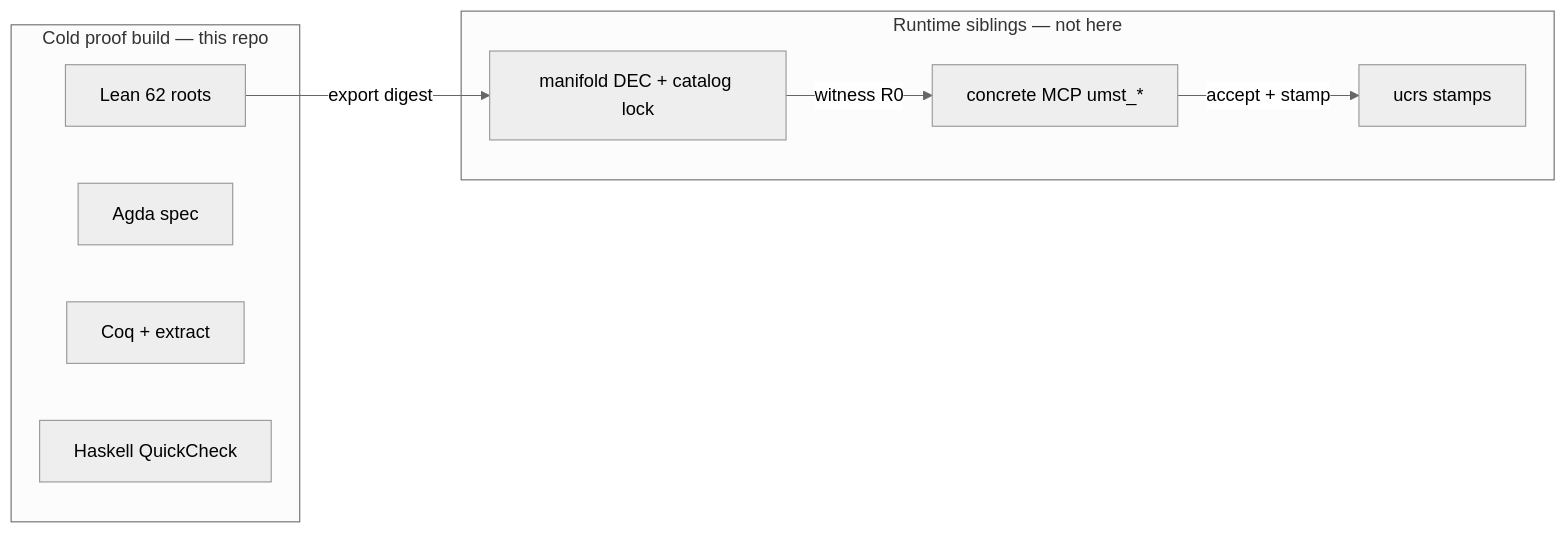
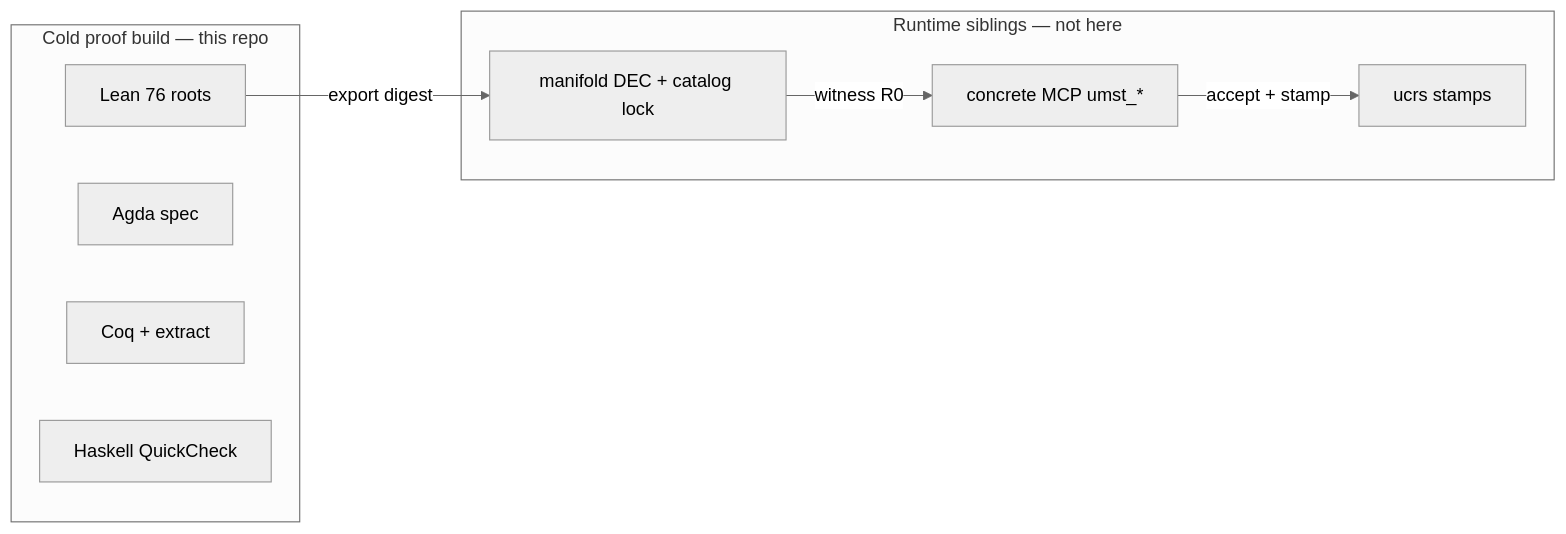
Before and after one commit to tytolabs/umst-formal: the diagram in README.md, drawn with Mermaid (neutral theme). The commit also changed other lines of this file, not shown here.

````diff
--- a/README.md
+++ b/README.md
@@ -178,17 +179,17 @@
 ```mermaid
 flowchart LR
     subgraph cold [Cold proof build — this repo]
-        LEAN[Lean 62 roots]
+        LEAN[Lean 76 roots]
         AGDA[Agda spec]
         COQ[Coq + extract]
         HS[Haskell QuickCheck]
     end
     subgraph siblings [Runtime siblings — not here]
         MAN[manifold DEC + catalog lock]
         MCP[concrete MCP umst_*]
         UCRS[ucrs stamps]
     end
     LEAN -->|export digest| MAN
     MAN -->|witness R0| MCP
     MCP -->|accept + stamp| UCRS
 ```
````
